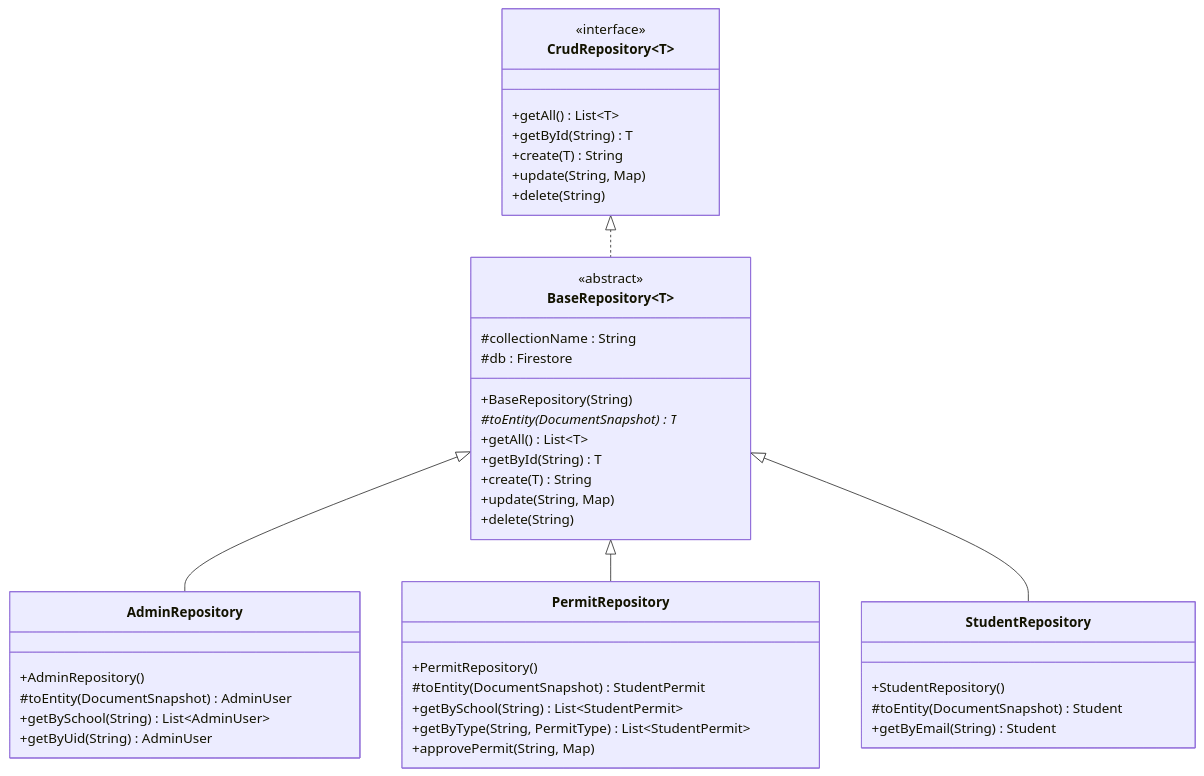
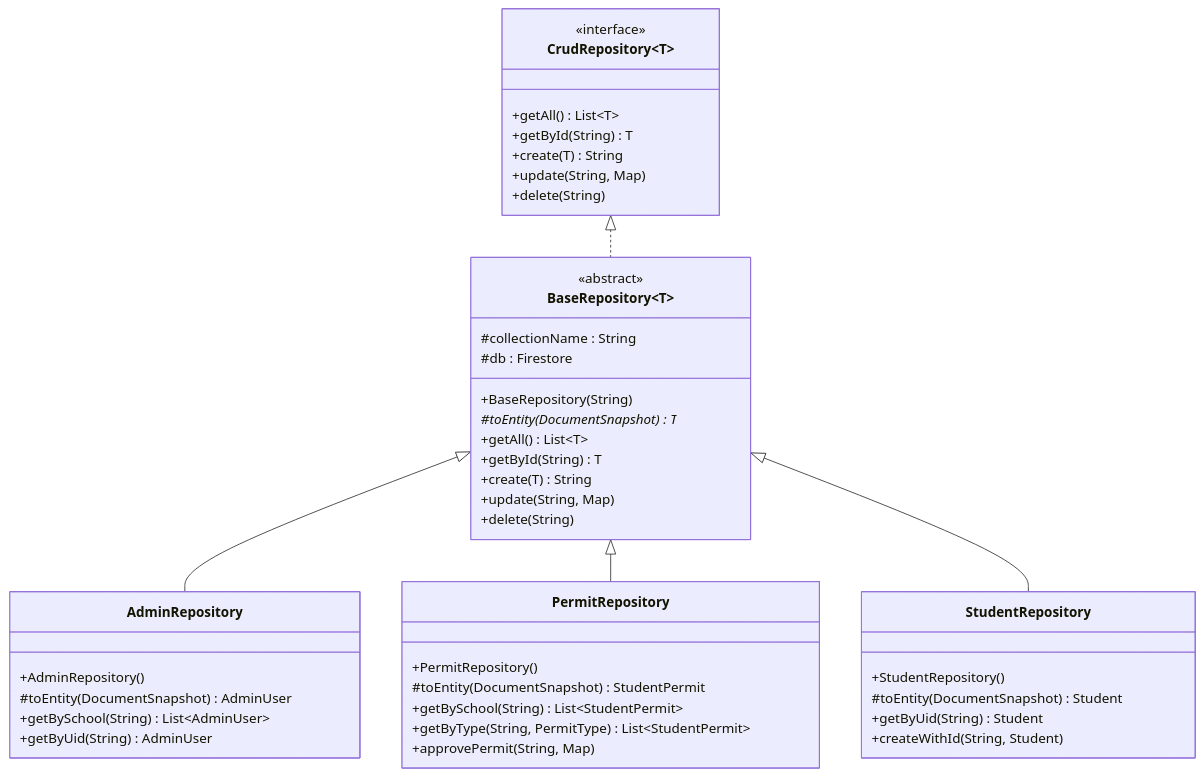
The second of 9 diagrams in DOKUMENTASI_PROYEK.md (Doni354/TubesPBO), drawn with Mermaid before and after one commit. The commit also changed other lines of this file and 1 other file, not shown here.

````diff
--- a/DOKUMENTASI_PROYEK.md
+++ b/DOKUMENTASI_PROYEK.md
@@ -209,52 +212,53 @@
 ```mermaid
 classDiagram
     direction TB
 
     class CrudRepository~T~ {
         <<interface>>
         +getAll() List~T~
         +getById(String) T
         +create(T) String
         +update(String, Map)
         +delete(String)
     }
 
     class BaseRepository~T~ {
         <<abstract>>
         #collectionName : String
         #db : Firestore
         +BaseRepository(String)
         #toEntity(DocumentSnapshot)* T
         +getAll() List~T~
         +getById(String) T
         +create(T) String
         +update(String, Map)
         +delete(String)
     }
 
     class AdminRepository {
         +AdminRepository()
         #toEntity(DocumentSnapshot) AdminUser
         +getBySchool(String) List~AdminUser~
         +getByUid(String) AdminUser
     }
 
     class PermitRepository {
         +PermitRepository()
         #toEntity(DocumentSnapshot) StudentPermit
         +getBySchool(String) List~StudentPermit~
         +getByType(String, PermitType) List~StudentPermit~
         +approvePermit(String, Map)
     }
 
     class StudentRepository {
         +StudentRepository()
         #toEntity(DocumentSnapshot) Student
-        +getByEmail(String) Student
+        +getByUid(String) Student
+        +createWithId(String, Student)
     }
 
     CrudRepository <|.. BaseRepository
     BaseRepository <|-- AdminRepository
     BaseRepository <|-- PermitRepository
     BaseRepository <|-- StudentRepository
 ```
````
